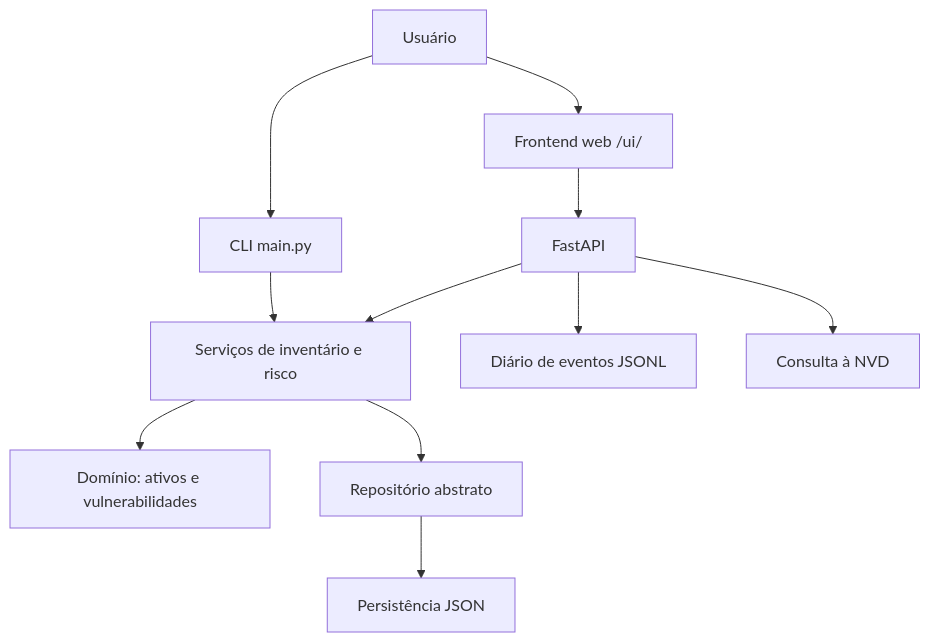
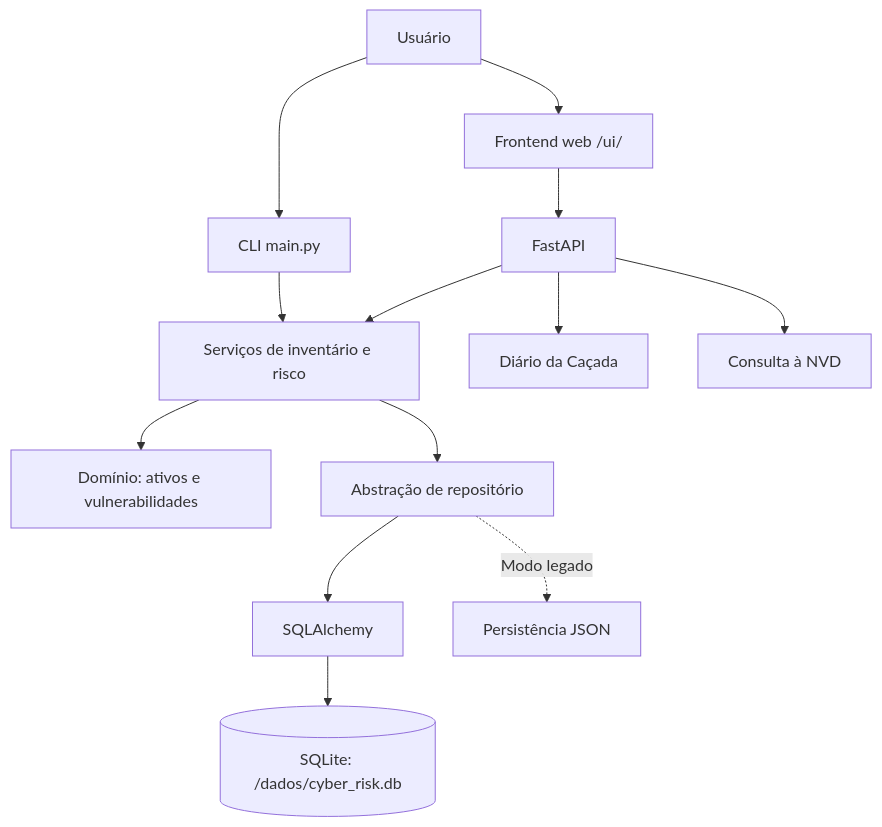
The third of 3 diagrams in README.md (KalilCyber/cyber-risk-engine), drawn with Mermaid before and after one commit. The commit also changed other lines of this file and 2 other files, not shown here.

Commit message:
docs: consolida README e documenta validacao SQLite no Docker

````diff
--- a/README.md
+++ b/README.md
@@ -558,13 +563,15 @@
 ```mermaid
 flowchart TD
     U[Usuário] --> WEB[Frontend web /ui/]
     U --> CLI[CLI main.py]
     WEB --> HTTP[FastAPI]
     HTTP --> SERV[Serviços de inventário e risco]
     CLI --> SERV
     SERV --> DOM[Domínio: ativos e vulnerabilidades]
-    SERV --> REPO[Repositório abstrato]
-    REPO --> JSON[Persistência JSON]
-    HTTP --> JOURNAL[Diário de eventos JSONL]
+    SERV --> REPO[Abstração de repositório]
+    REPO --> SQL[SQLAlchemy]
+    SQL --> DB[(SQLite: /dados/cyber_risk.db)]
+    REPO -. Modo legado .-> JSON[Persistência JSON]
+    HTTP --> JOURNAL[Diário da Caçada]
     HTTP --> NVD[Consulta à NVD]
 ```
````
